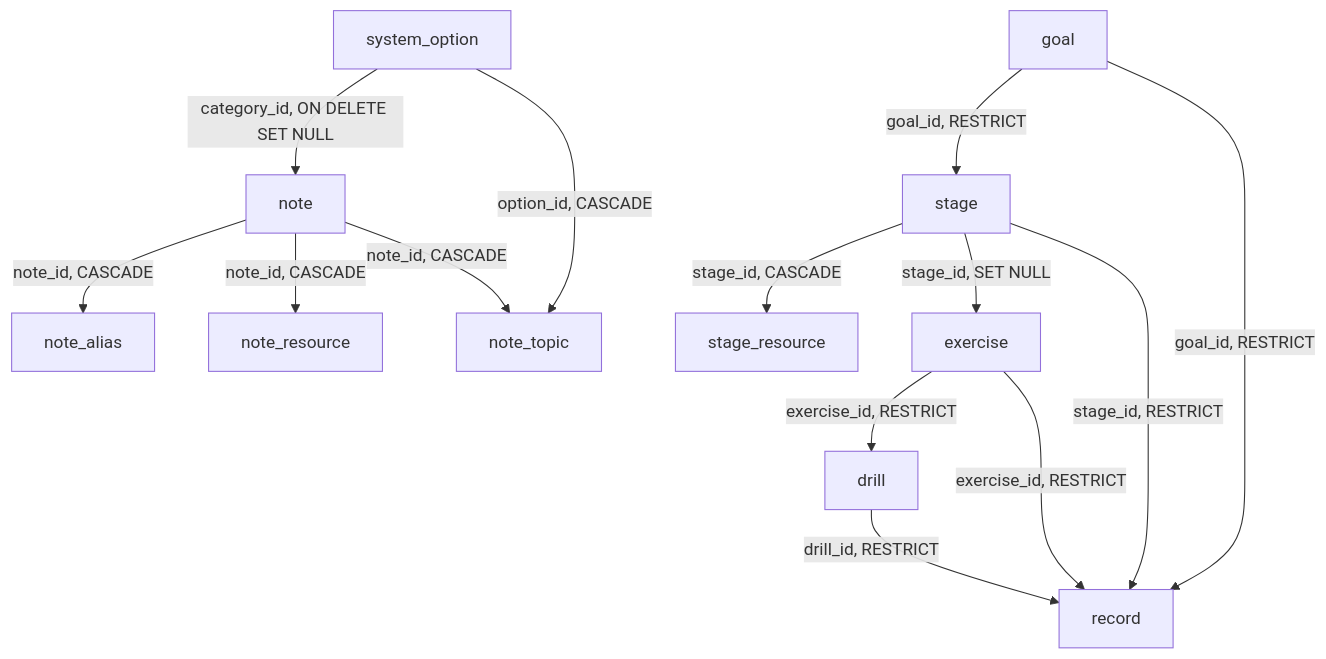
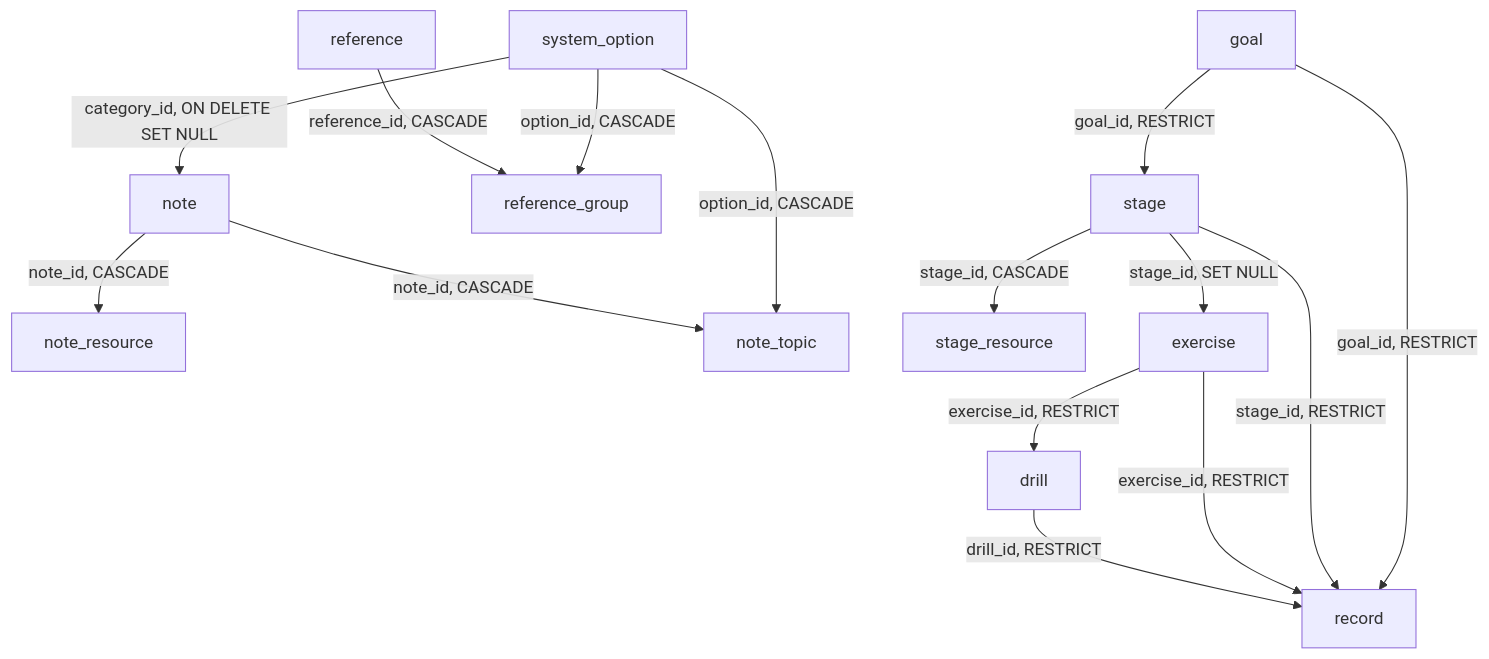
Before and after one commit to cg1618-apps/art: the diagram in docs/data-model.md, drawn with Mermaid. The commit also changed other lines of this file and 32 other files, not shown here.

````diff
--- a/docs/data-model.md
+++ b/docs/data-model.md
@@ -26,16 +27,17 @@
 ```mermaid
 flowchart TD
     O["system_option"] -->|category_id, ON DELETE SET NULL| N["note"]
-    N -->|note_id, CASCADE| A["note_alias"]
     N -->|note_id, CASCADE| R["note_resource"]
     N -->|note_id, CASCADE| T["note_topic"]
     O -->|option_id, CASCADE| T
+    RF["reference"] -->|reference_id, CASCADE| RG["reference_group"]
+    O -->|option_id, CASCADE| RG
     G["goal"] -->|goal_id, RESTRICT| S["stage"]
     S -->|stage_id, CASCADE| SR["stage_resource"]
     S -->|stage_id, SET NULL| E["exercise"]
     E -->|exercise_id, RESTRICT| D["drill"]
     D -->|drill_id, RESTRICT| RC["record"]
     E -->|exercise_id, RESTRICT| RC
     S -->|stage_id, RESTRICT| RC
     G -->|goal_id, RESTRICT| RC
 ```
````
